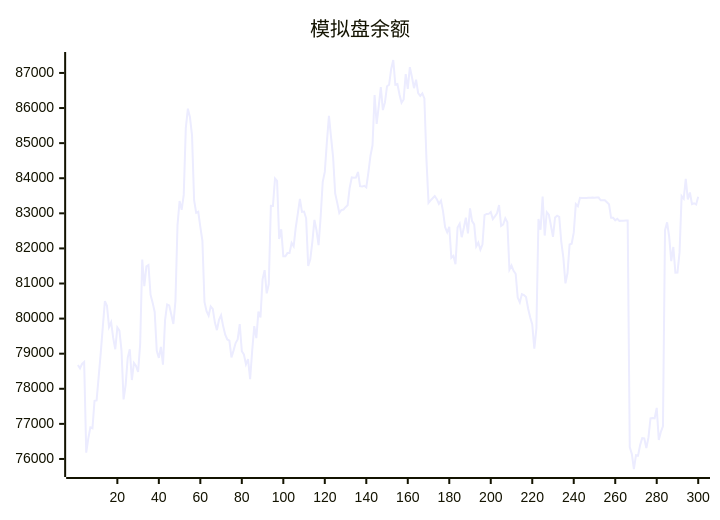
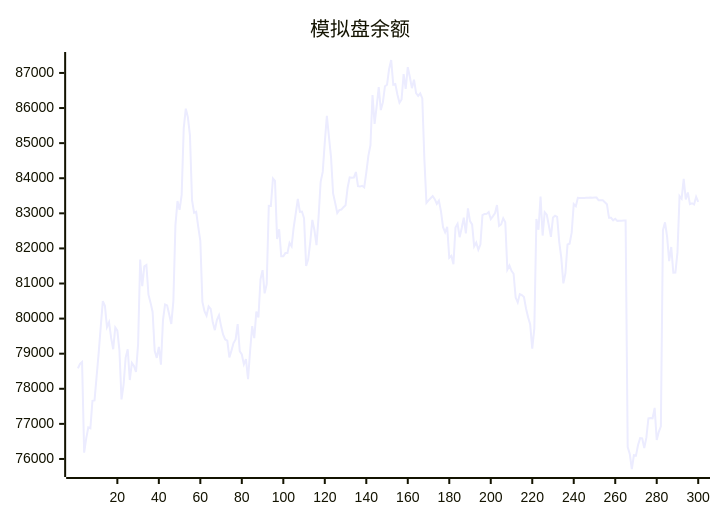
One commit to aahl/ai-trading changed the diagram in README.md. Above: the diagram before and after it, drawn with Mermaid. The commit also changed other lines of this file and 1 other file, not shown here.

````diff
--- a/README.md
+++ b/README.md
@@ -5,5 +5,5 @@
 ```mermaid
 xychart
     title "模拟盘余额"
-    line [78675,78580,78708,78764,76179,76586,76902,76876,77658,77669,78346,79023,79769,80497,80366,79761,79896,79448,79126,79749,79658,79097,77695,78114,78888,79126,78249,78738,78653,78478,79271,81680,80923,81488,81527,80681,80455,80190,79084,78879,79193,78686,79954,80403,80374,80118,79848,80491,82665,83351,83098,83525,85430,85983,85737,85221,83378,83014,83043,82613,82216,80477,80208,80081,80348,80277,79894,79670,79965,80093,79786,79542,79406,79371,78893,79087,79304,79406,79841,79072,78978,78696,78846,78272,79085,79787,79442,80198,80031,81120,81379,80718,80985,83214,83212,83993,83921,82270,82547,81776,81776,81866,81866,82158,82061,82596,83000,83408,83041,83050,82858,81503,81691,82188,82812,82517,82092,82901,83898,84180,85030,85781,85178,84604,83569,83298,83008,83093,83107,83175,83228,83729,84025,84017,84019,84177,83775,83762,83785,83738,84160,84639,84939,86370,85548,86046,86599,85942,86161,86622,86664,87115,87369,86666,86685,86384,86152,86243,86969,86548,87164,86885,86566,86809,86427,86348,86417,86273,84538,83299,83369,83430,83490,83404,83270,83362,83056,82605,82459,82614,81734,81788,81551,82598,82702,82320,82580,82878,82426,83139,82778,82686,82056,82166,81963,82110,82951,82983,82984,83038,82838,82915,82998,83235,82642,82682,82858,82746,81396,81512,81362,81277,80600,80461,80699,80673,80616,80288,80038,79836,79142,79722,82837,82533,83480,82366,83032,82960,82654,82330,82883,82934,82901,82188,81728,81005,81298,82110,82135,82449,83264,83203,83440,83439,83440,83440,83446,83447,83448,83447,83448,83449,83369,83369,83369,83313,83256,82872,82873,82801,82844,82785,82791,82791,82793,82794,76339,76145,75714,76110,76096,76397,76594,76585,76310,76607,77160,77170,77160,77456,76541,76774,76927,82520,82744,82337,81639,82040,81307,81314,81887,83490,83414,83984,83396,83594,83261,83287,83253,83470]
+    line [78580,78708,78764,76179,76586,76902,76876,77658,77669,78346,79023,79769,80497,80366,79761,79896,79448,79126,79749,79658,79097,77695,78114,78888,79126,78249,78738,78653,78478,79271,81680,80923,81488,81527,80681,80455,80190,79084,78879,79193,78686,79954,80403,80374,80118,79848,80491,82665,83351,83098,83525,85430,85983,85737,85221,83378,83014,83043,82613,82216,80477,80208,80081,80348,80277,79894,79670,79965,80093,79786,79542,79406,79371,78893,79087,79304,79406,79841,79072,78978,78696,78846,78272,79085,79787,79442,80198,80031,81120,81379,80718,80985,83214,83212,83993,83921,82270,82547,81776,81776,81866,81866,82158,82061,82596,83000,83408,83041,83050,82858,81503,81691,82188,82812,82517,82092,82901,83898,84180,85030,85781,85178,84604,83569,83298,83008,83093,83107,83175,83228,83729,84025,84017,84019,84177,83775,83762,83785,83738,84160,84639,84939,86370,85548,86046,86599,85942,86161,86622,86664,87115,87369,86666,86685,86384,86152,86243,86969,86548,87164,86885,86566,86809,86427,86348,86417,86273,84538,83299,83369,83430,83490,83404,83270,83362,83056,82605,82459,82614,81734,81788,81551,82598,82702,82320,82580,82878,82426,83139,82778,82686,82056,82166,81963,82110,82951,82983,82984,83038,82838,82915,82998,83235,82642,82682,82858,82746,81396,81512,81362,81277,80600,80461,80699,80673,80616,80288,80038,79836,79142,79722,82837,82533,83480,82366,83032,82960,82654,82330,82883,82934,82901,82188,81728,81005,81298,82110,82135,82449,83264,83203,83440,83439,83440,83440,83446,83447,83448,83447,83448,83449,83369,83369,83369,83313,83256,82872,82873,82801,82844,82785,82791,82791,82793,82794,76339,76145,75714,76110,76096,76397,76594,76585,76310,76607,77160,77170,77160,77456,76541,76774,76927,82520,82744,82337,81639,82040,81307,81314,81887,83490,83414,83984,83396,83594,83261,83287,83253,83470,83327]
 ```
````
